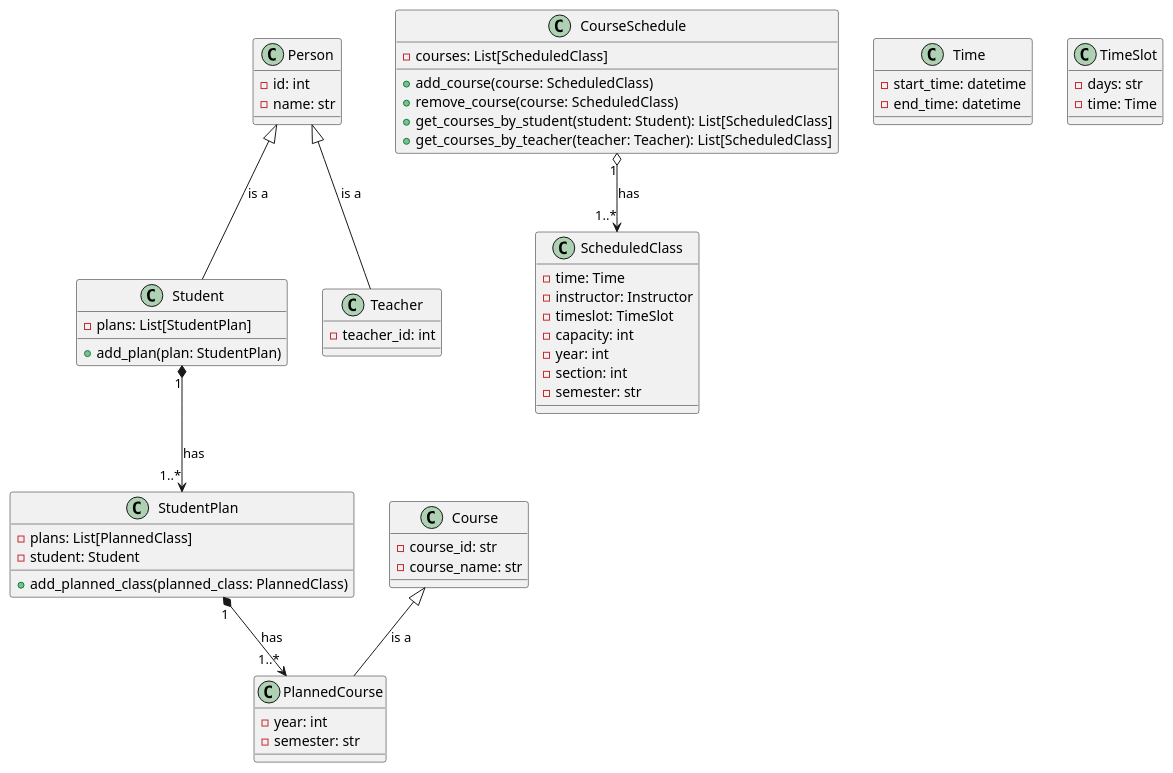
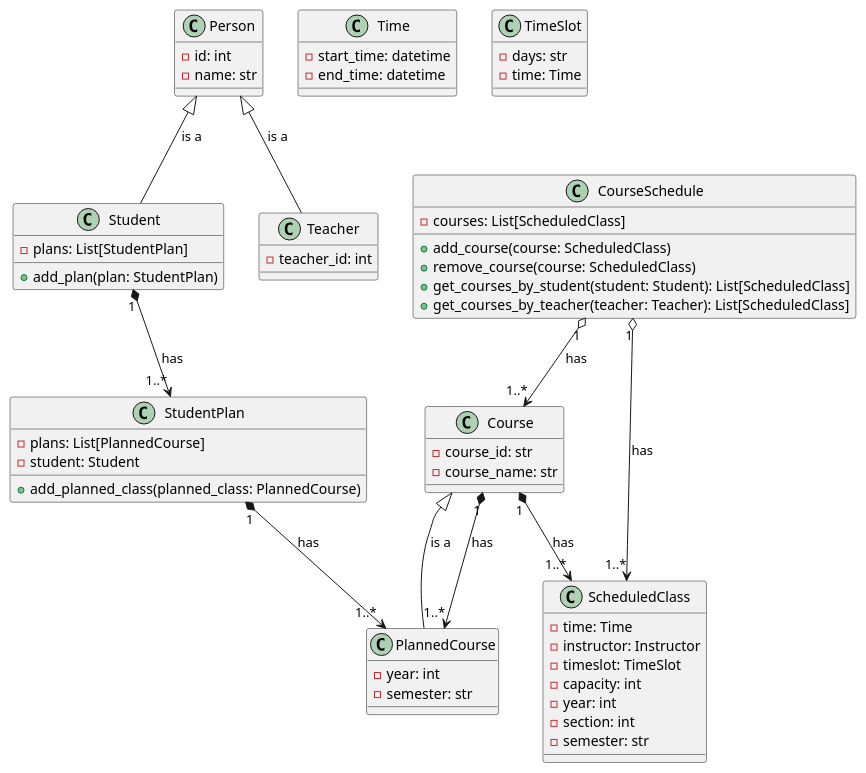
One commit to ladew222/studentcourseplanner changed the diagram in uml.wsd. Above: the diagram before and after it, drawn with PlantUML.

Commit message:
uml done

```diff
--- a/uml.wsd
+++ b/uml.wsd
@@ -1,71 +1,75 @@
 @startuml
+
 
 class Person {
     -id: int
     -name: str
 }
 
 class Student {
     -plans: List[StudentPlan]
     +add_plan(plan: StudentPlan)
 }
 
 class Teacher {
     -teacher_id: int
 }
 
 class Course {
     -course_id: str
     -course_name: str
 }
 
 class PlannedCourse {
     -year: int
     -semester: str
 }
 
 class ScheduledClass {
     -time: Time
     -instructor: Instructor
     -timeslot: TimeSlot
     -capacity: int
     -year: int
     -section: int
     -semester: str
 }
 
 class CourseSchedule {
     -courses: List[ScheduledClass]
     +add_course(course: ScheduledClass)
     +remove_course(course: ScheduledClass)
     +get_courses_by_student(student: Student): List[ScheduledClass]
     +get_courses_by_teacher(teacher: Teacher): List[ScheduledClass]
 }
 
 class Time {
     -start_time: datetime
     -end_time: datetime
 }
 
 class TimeSlot {
     -days: str
     -time: Time
 }
 
 class StudentPlan {
-    -plans: List[PlannedClass]
+    -plans: List[PlannedCourse]
     -student: Student
-    +add_planned_class(planned_class: PlannedClass)
+    +add_planned_class(planned_class: PlannedCourse)
 }
 
 Person <|-- Student : is a
 Person <|-- Teacher : is a
 
 Course <|-- PlannedCourse : is a
 
 Student "1" *--> "1..*" StudentPlan : has
 StudentPlan "1" *--> "1..*" PlannedCourse : has
 
+CourseSchedule "1" o--> "1..*" Course : has
 CourseSchedule "1" o--> "1..*" ScheduledClass : has
+Course "1" *--> "1..*" PlannedCourse : has
+Course "1" *--> "1..*" ScheduledClass : has
 
 @enduml
```
